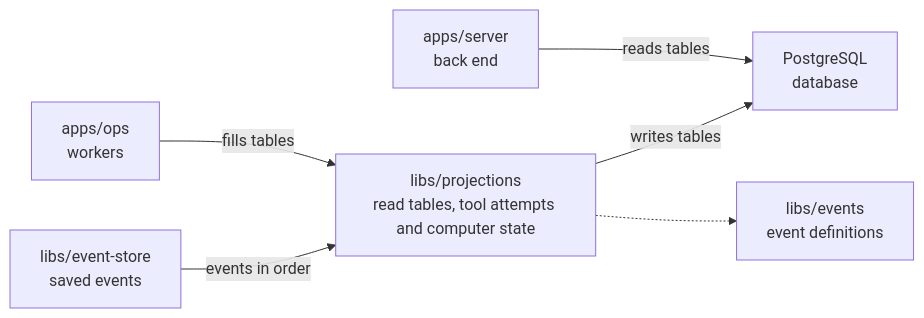
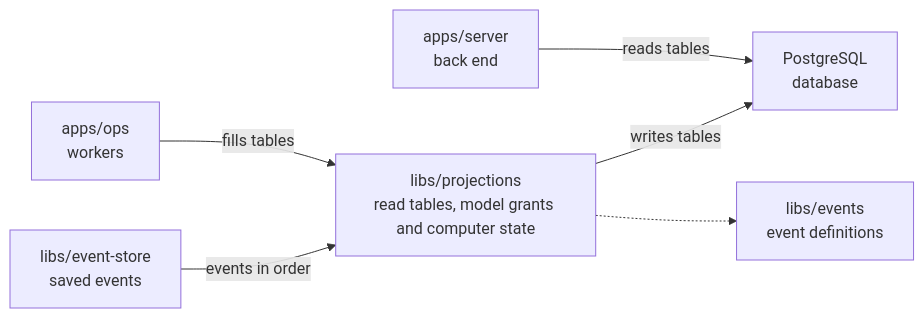
One commit to elewa-git/opencrane-new changed the diagram in libs/projections/README.md. Above: the diagram before and after it, drawn with Mermaid. The commit also changed other lines of this file and 19 other files, not shown here.

Commit message:
🔎 Add read-only model access views

````diff
--- a/libs/projections/README.md
+++ b/libs/projections/README.md
@@ -23,8 +23,8 @@
 ```mermaid
 flowchart LR
-  ops["apps/ops<br/>workers"] -->|fills tables| projections["libs/projections<br/>read tables, tool attempts and computer state"]
+  ops["apps/ops<br/>workers"] -->|fills tables| projections["libs/projections<br/>read tables, model grants and computer state"]
   server["apps/server<br/>back end"] -->|reads tables| pg["PostgreSQL<br/>database"]
   projections -->|writes tables| pg
   store["libs/event-store<br/>saved events"] -->|events in order| projections
   projections -.-> events["libs/events<br/>event definitions"]
 ```
````
